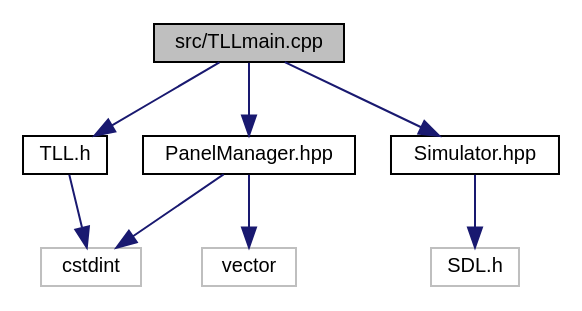
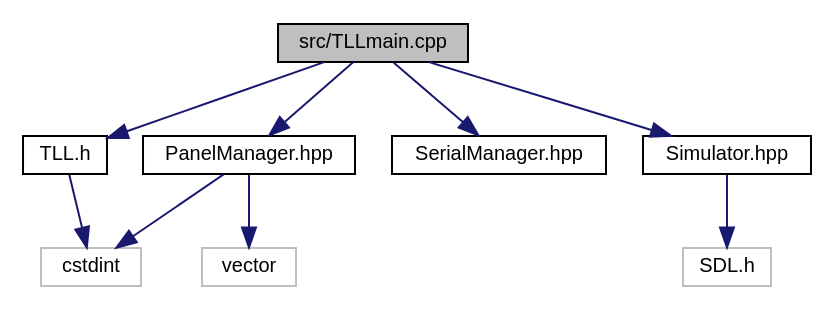
One commit to nkue-yst/MarbLED-SDK changed the diagram in docs/TLLmain_8cpp__incl.dot. Above: the diagram before and after it, drawn with Graphviz. The commit also changed 87 other files, not shown here.

Commit message:
Add serial communication function

```diff
--- a/docs/TLLmain_8cpp__incl.dot
+++ b/docs/TLLmain_8cpp__incl.dot
@@ -1,19 +1,21 @@
 digraph "src/TLLmain.cpp"
 {
   edge [fontname="Helvetica",fontsize="10",labelfontname="Helvetica",labelfontsize="10"];
   node [fontname="Helvetica",fontsize="10",shape=record];
   Node0 [label="src/TLLmain.cpp",height=0.2,width=0.4,color="black", fillcolor="grey75", style="filled", fontcolor="black"];
   Node0 -> Node1 [color="midnightblue",fontsize="10",style="solid",fontname="Helvetica"];
   Node1 [label="TLL.h",height=0.2,width=0.4,color="black", fillcolor="white", style="filled",URL="$TLL_8h.html",tooltip="API公開用ヘッダファイル "];
   Node1 -> Node2 [color="midnightblue",fontsize="10",style="solid",fontname="Helvetica"];
   Node2 [label="cstdint",height=0.2,width=0.4,color="grey75", fillcolor="white", style="filled"];
   Node0 -> Node3 [color="midnightblue",fontsize="10",style="solid",fontname="Helvetica"];
   Node3 [label="PanelManager.hpp",height=0.2,width=0.4,color="black", fillcolor="white", style="filled",URL="$PanelManager_8hpp.html",tooltip="パネル情報管理クラス "];
   Node3 -> Node2 [color="midnightblue",fontsize="10",style="solid",fontname="Helvetica"];
   Node3 -> Node4 [color="midnightblue",fontsize="10",style="solid",fontname="Helvetica"];
   Node4 [label="vector",height=0.2,width=0.4,color="grey75", fillcolor="white", style="filled"];
   Node0 -> Node5 [color="midnightblue",fontsize="10",style="solid",fontname="Helvetica"];
-  Node5 [label="Simulator.hpp",height=0.2,width=0.4,color="black", fillcolor="white", style="filled",URL="$Simulator_8hpp.html",tooltip="シミュレータークラス "];
-  Node5 -> Node6 [color="midnightblue",fontsize="10",style="solid",fontname="Helvetica"];
-  Node6 [label="SDL.h",height=0.2,width=0.4,color="grey75", fillcolor="white", style="filled"];
+  Node5 [label="SerialManager.hpp",height=0.2,width=0.4,color="black", fillcolor="white", style="filled",URL="$SerialManager_8hpp.html",tooltip="Class to manage serial communication. "];
+  Node0 -> Node6 [color="midnightblue",fontsize="10",style="solid",fontname="Helvetica"];
+  Node6 [label="Simulator.hpp",height=0.2,width=0.4,color="black", fillcolor="white", style="filled",URL="$Simulator_8hpp.html",tooltip="シミュレータークラス "];
+  Node6 -> Node7 [color="midnightblue",fontsize="10",style="solid",fontname="Helvetica"];
+  Node7 [label="SDL.h",height=0.2,width=0.4,color="grey75", fillcolor="white", style="filled"];
 }
```
